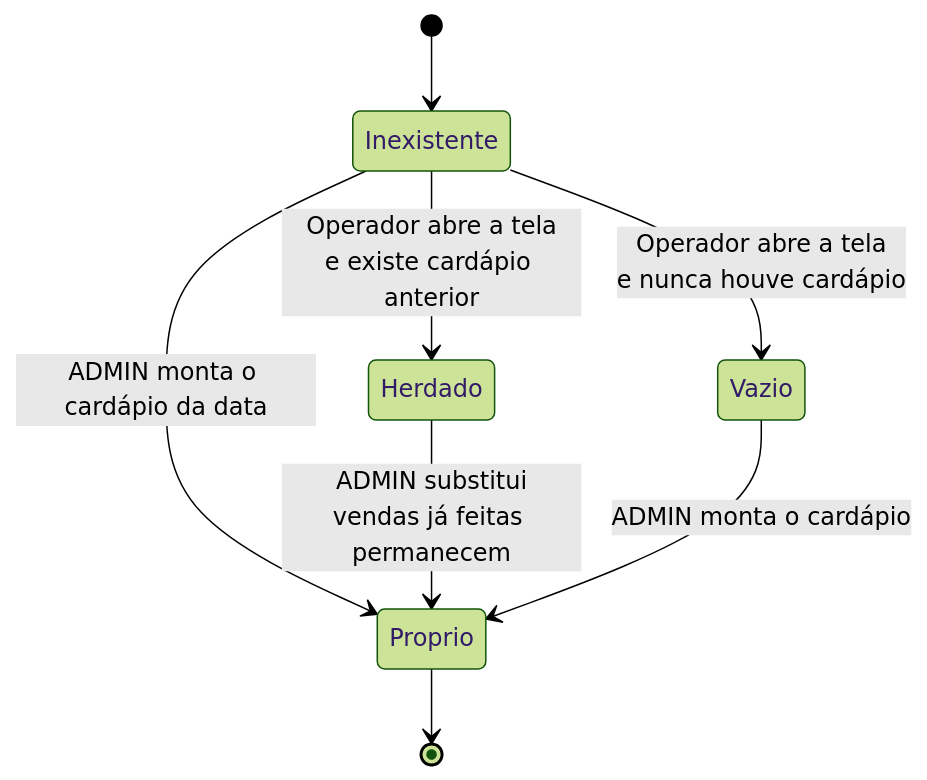
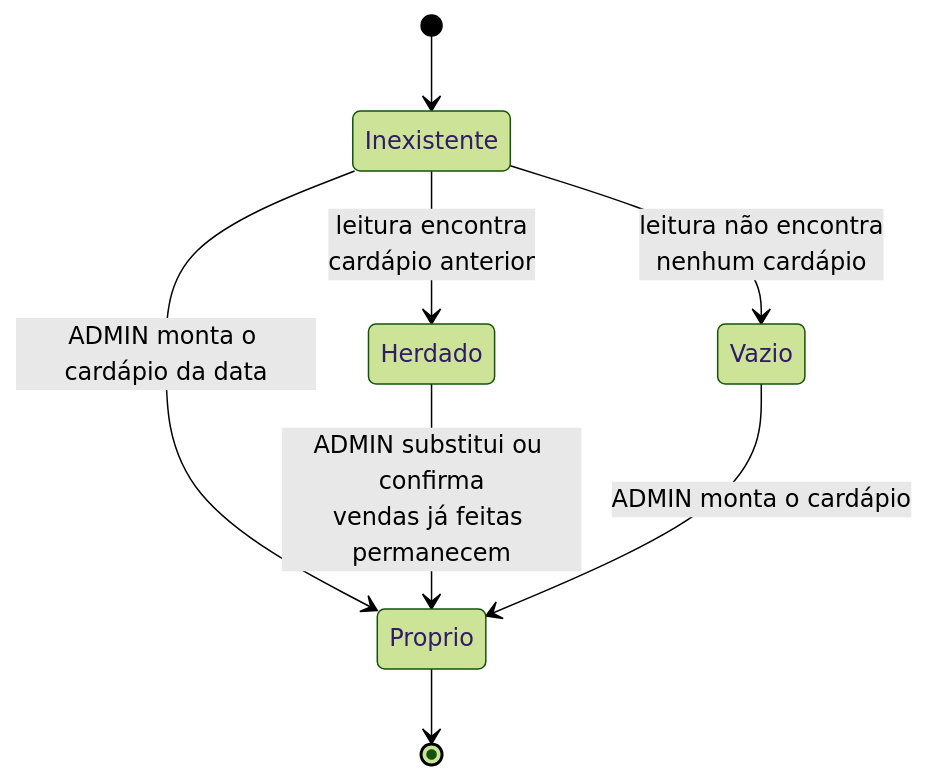
One commit to thiagolbf/prato_certo changed the second of 3 diagrams in docs/prds/PRD-001-controle-vendas-pf-marmitas.md. Above: the diagram before and after it, drawn with Mermaid (forest theme). The commit also changed other lines of this file, not shown here.

````diff
--- a/docs/prds/PRD-001-controle-vendas-pf-marmitas.md
+++ b/docs/prds/PRD-001-controle-vendas-pf-marmitas.md
@@ -657,10 +731,10 @@
 ```mermaid
 stateDiagram-v2
     [*] --> Inexistente
-    Inexistente --> Herdado: Operador abre a tela<br/>e existe cardápio anterior
-    Inexistente --> Vazio: Operador abre a tela<br/>e nunca houve cardápio
+    Inexistente --> Herdado: leitura encontra<br/>cardápio anterior
+    Inexistente --> Vazio: leitura não encontra<br/>nenhum cardápio
     Inexistente --> Proprio: ADMIN monta o cardápio da data
-    Herdado --> Proprio: ADMIN substitui<br/>vendas já feitas permanecem
+    Herdado --> Proprio: ADMIN substitui ou confirma<br/>vendas já feitas permanecem
     Vazio --> Proprio: ADMIN monta o cardápio
     Proprio --> [*]
 ```
````
